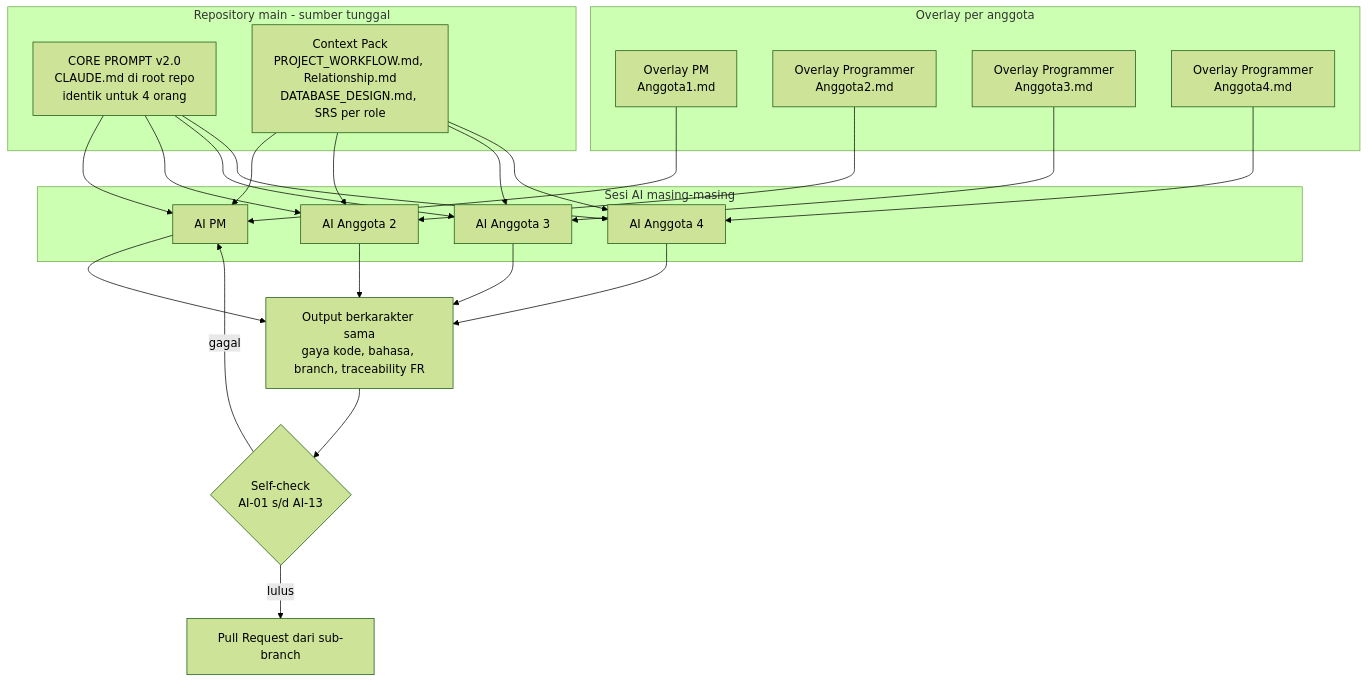
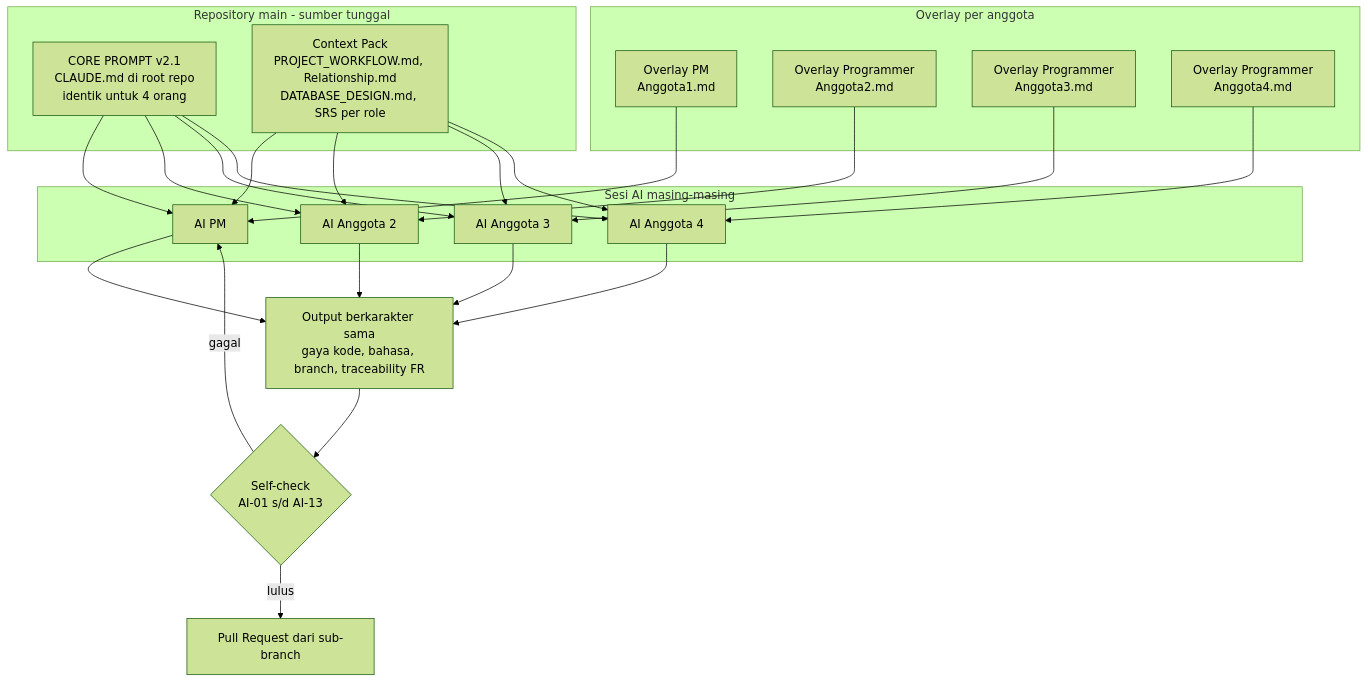
The seventh of 7 diagrams in workflow/Relationship.md (PPK-WP/Tubes-P1), drawn with Mermaid (forest theme) before and after one commit. The commit also changed other lines of this file and 11 other files, not shown here.

````diff
--- a/workflow/Relationship.md
+++ b/workflow/Relationship.md
@@ -598,33 +598,33 @@
 ```mermaid
 flowchart TB
     subgraph REPO["Repository main - sumber tunggal"]
-        CORE["CORE PROMPT v2.0<br/>CLAUDE.md di root repo<br/>identik untuk 4 orang"]
+        CORE["CORE PROMPT v2.1<br/>CLAUDE.md di root repo<br/>identik untuk 4 orang"]
         CTX["Context Pack<br/>PROJECT_WORKFLOW.md, Relationship.md<br/>DATABASE_DESIGN.md, SRS per role"]
     end
 
     subgraph OVR["Overlay per anggota"]
         O1["Overlay PM<br/>Anggota1.md"]
         O2["Overlay Programmer<br/>Anggota2.md"]
         O3["Overlay Programmer<br/>Anggota3.md"]
         O4["Overlay Programmer<br/>Anggota4.md"]
     end
 
     subgraph SESI["Sesi AI masing-masing"]
         S1["AI PM"]
         S2["AI Anggota 2"]
         S3["AI Anggota 3"]
         S4["AI Anggota 4"]
     end
 
     CORE --> S1 & S2 & S3 & S4
     CTX --> S1 & S2 & S3 & S4
     O1 --> S1
     O2 --> S2
     O3 --> S3
     O4 --> S4
 
     S1 & S2 & S3 & S4 --> OUT["Output berkarakter sama<br/>gaya kode, bahasa, branch, traceability FR"]
     OUT --> CHK{"Self-check<br/>AI-01 s/d AI-13"}
     CHK -->|lulus| PR["Pull Request dari sub-branch"]
     CHK -->|gagal| S1
 ```
````
